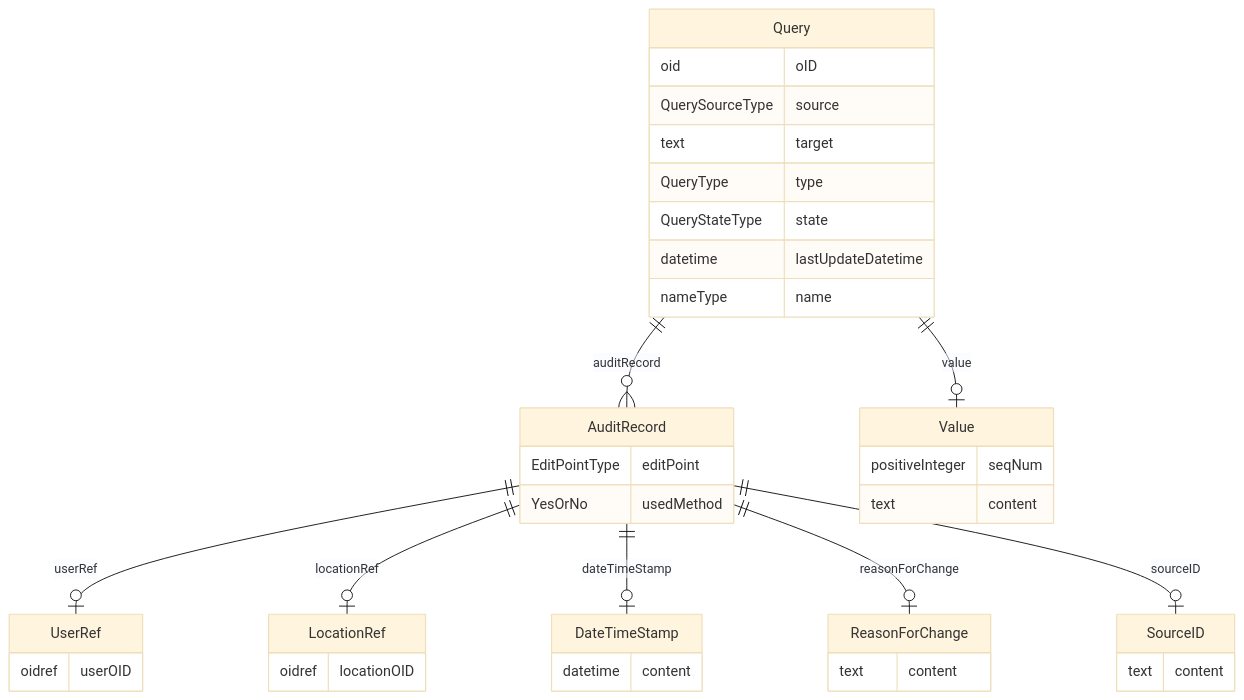
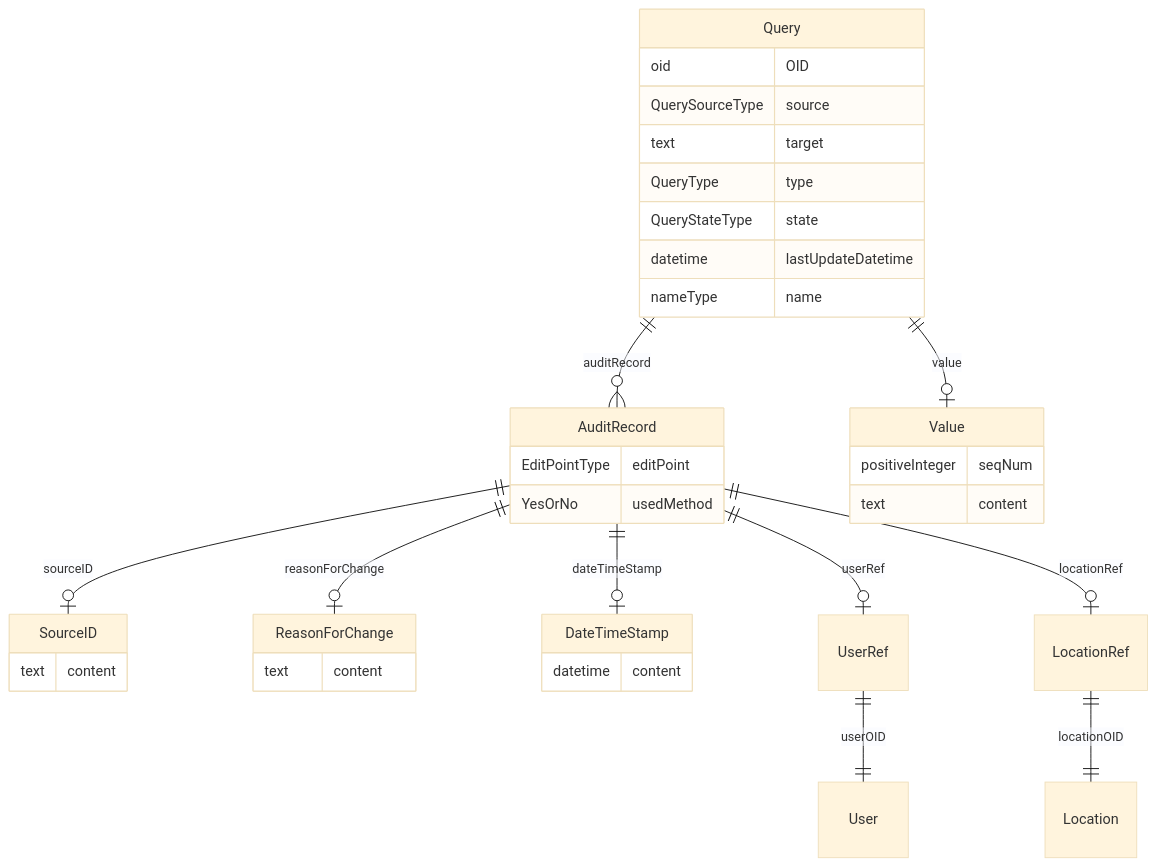
Before and after one commit to cdisc-org/DataExchange-ODM-LinkML: the diagram in docs/Query.md, drawn with Mermaid (base theme). The commit also changed other lines of this file and 338 other files, not shown here.

````diff
--- a/docs/Query.md
+++ b/docs/Query.md
@@ -11,44 +11,46 @@
 ```mermaid
 erDiagram
 Query {
-    oid oID  
+    oid OID  
     QuerySourceType source  
     text target  
     QueryType type  
     QueryStateType state  
     datetime lastUpdateDatetime  
     nameType name  
 }
 AuditRecord {
     EditPointType editPoint  
     YesOrNo usedMethod  
 }
 SourceID {
     text content  
 }
 ReasonForChange {
     text content  
 }
 DateTimeStamp {
     datetime content  
 }
 LocationRef {
-    oidref locationOID  
+
 }
 UserRef {
-    oidref userOID  
+
 }
 Value {
     positiveInteger seqNum  
     text content  
 }
 
 Query ||--|o Value : "value"
 Query ||--}o AuditRecord : "auditRecord"
 AuditRecord ||--|o UserRef : "userRef"
 AuditRecord ||--|o LocationRef : "locationRef"
 AuditRecord ||--|o DateTimeStamp : "dateTimeStamp"
 AuditRecord ||--|o ReasonForChange : "reasonForChange"
 AuditRecord ||--|o SourceID : "sourceID"
+LocationRef ||--|| Location : "locationOID"
+UserRef ||--|| User : "userOID"
 
 ```
````
